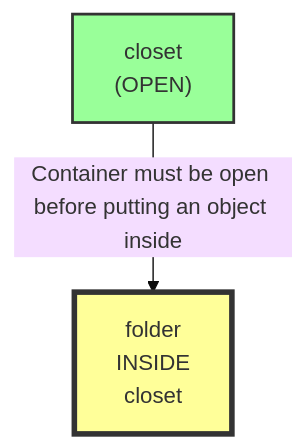
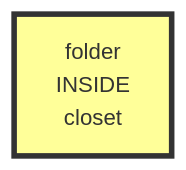
Before and after one commit to scuama/virtualhome: the tenth of 16 diagrams in evaluation/results/table1/robostate/scale/S5/S-G05/run_T1_SCALE_SG05_S5.md, drawn with Mermaid (base theme). The commit also changed other lines of this file and 96 other files, not shown here.

````diff
--- a/evaluation/results/table1/robostate/scale/S5/S-G05/run_T1_SCALE_SG05_S5.md
+++ b/evaluation/results/table1/robostate/scale/S5/S-G05/run_T1_SCALE_SG05_S5.md
@@ -877,8 +690,5 @@
 ```mermaid
 graph TD
     N1["folder<br>INSIDE<br>closet"]
     style N1 fill:#ff9,stroke:#333,stroke-width:4px
-    N2["closet<br>(OPEN)"]
-    style N2 fill:#9f9,stroke:#333,stroke-width:2px
-    N2 -->|"Container must be open before putting an object inside"| N1
 ```
````
